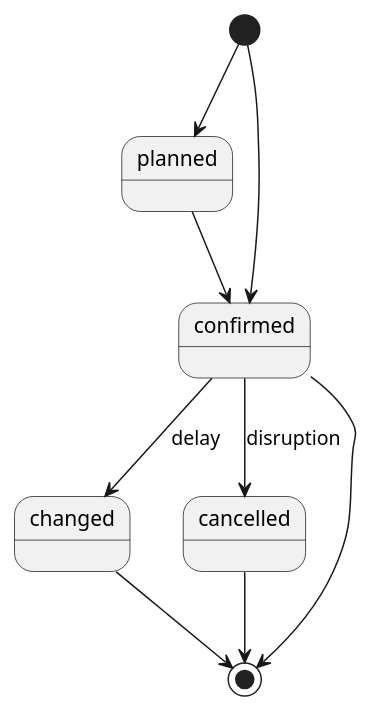
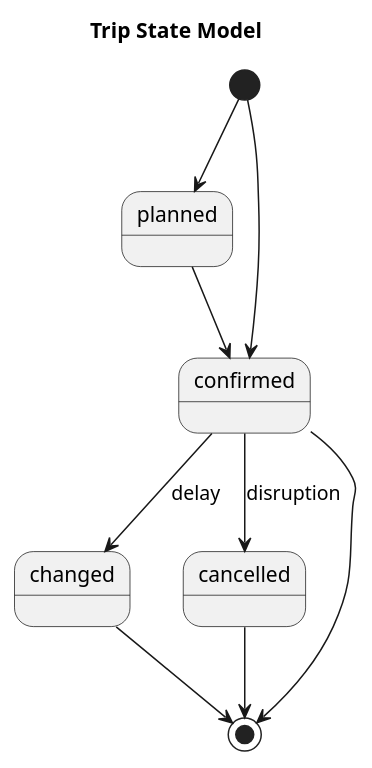
The diagram in images/models/trip-state-model.puml (UnionInternationalCheminsdeFer/OSDM), drawn with PlantUML before and after one commit. The commit also changed 20 other files, not shown here.

```diff
--- a/images/models/trip-state-model.puml
+++ b/images/models/trip-state-model.puml
@@ -1,12 +1,14 @@
 @startuml
+
+title "Trip State Model"
 
 [*] --> planned
 [*] --> confirmed
 planned --> confirmed
 confirmed --> changed: delay
 confirmed --> cancelled: disruption
 confirmed --> [*]
 cancelled --> [*]
 changed --> [*] 
 
 @enduml
```
